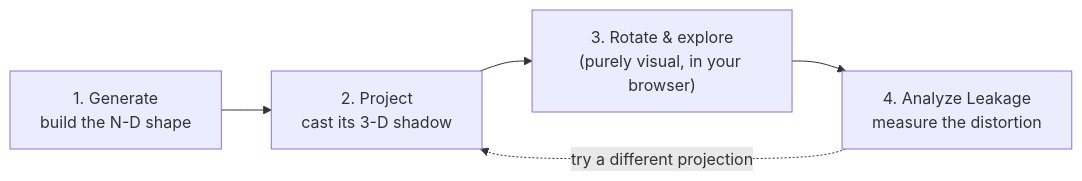
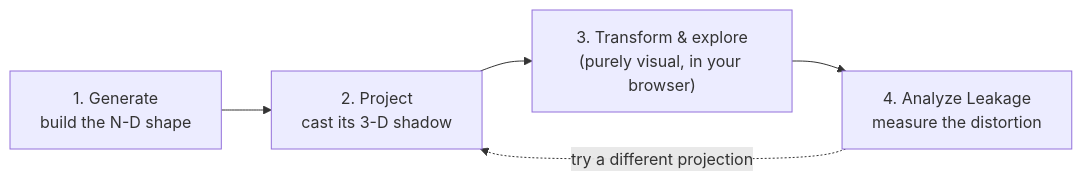
One commit to xilemma/Visual changed the first of 2 diagrams in docs/tutorial.md. Above: the diagram before and after it, drawn with Mermaid. The commit also changed other lines of this file and 13 other files, not shown here.

````diff
--- a/docs/tutorial.md
+++ b/docs/tutorial.md
@@ -133,7 +135,7 @@
 ```mermaid
 flowchart LR
     A["1. Generate<br/>build the N-D shape"] --> B["2. Project<br/>cast its 3-D shadow"]
-    B --> C["3. Rotate & explore<br/>(purely visual, in your browser)"]
+    B --> C["3. Transform & explore<br/>(purely visual, in your browser)"]
     C --> D["4. Analyze Leakage<br/>measure the distortion"]
     D -.->|try a different projection| B
 ```
````
